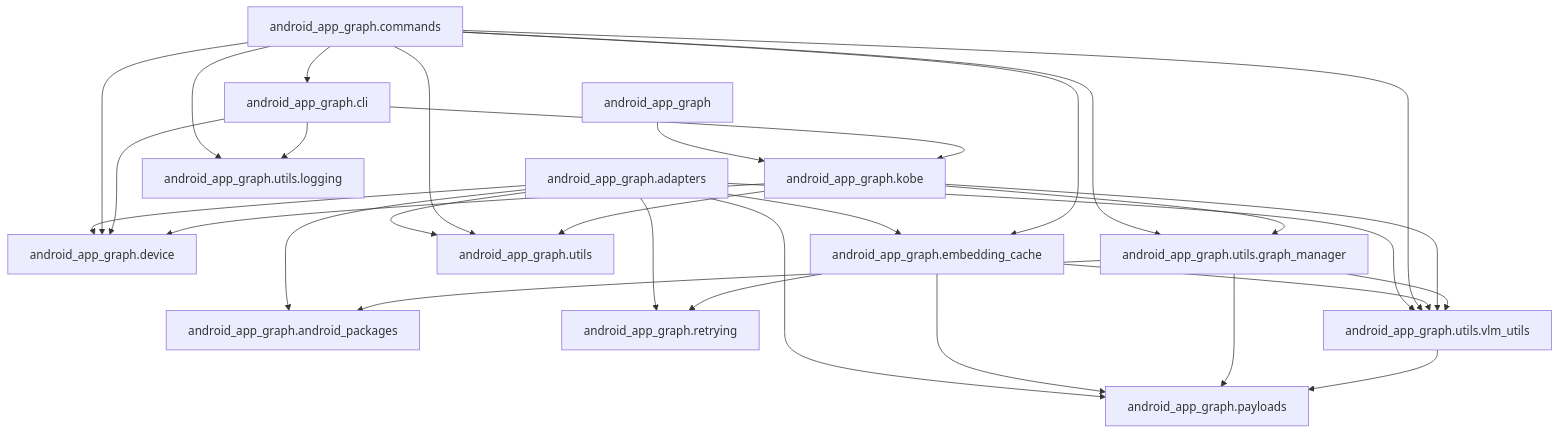
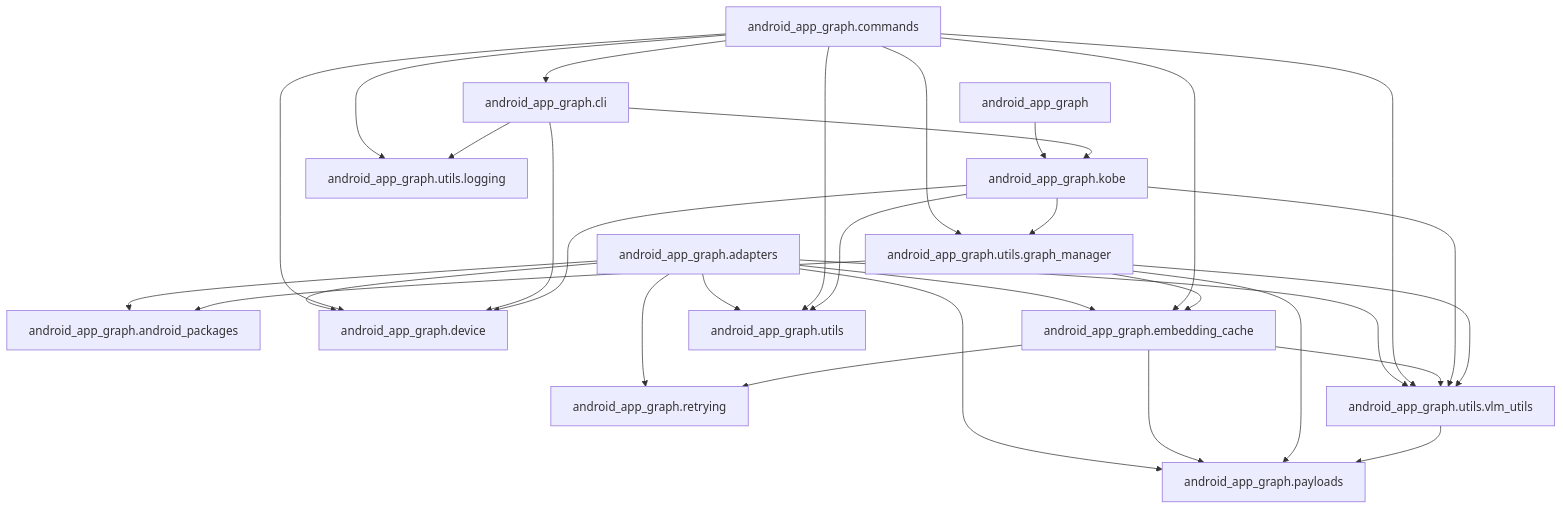
One commit to john-agi/Android-App-Graph changed the diagram in README.md. Above: the diagram before and after it, drawn with Mermaid. The commit also changed 3 other files, not shown here.

First line of the commit message:
fix: load GraphManager screenshots through the shared per-node lookup

````diff
--- a/README.md
+++ b/README.md
@@ -67,32 +67,33 @@
 ```mermaid
 graph TD;
     pkg["android_app_graph"] --> kobe["android_app_graph.kobe"];
     adapters["android_app_graph.adapters"] --> pkgs["android_app_graph.android_packages"];
     adapters --> dev["android_app_graph.device"];
     adapters --> ec["android_app_graph.embedding_cache"];
     adapters --> pay["android_app_graph.payloads"];
     adapters --> retry["android_app_graph.retrying"];
     adapters --> utils["android_app_graph.utils"];
     adapters --> vlm["android_app_graph.utils.vlm_utils"];
     cmd["android_app_graph.commands"] --> cli["android_app_graph.cli"];
     cmd --> dev;
     cmd --> ec;
     cmd --> utils;
     cmd --> gm["android_app_graph.utils.graph_manager"];
     cmd --> logging["android_app_graph.utils.logging"];
     cmd --> vlm;
     cli --> dev;
     cli --> kobe;
     cli --> logging;
     ec --> pay;
     ec --> retry;
     ec --> vlm;
     kobe --> dev;
     kobe --> utils;
     kobe --> gm;
     kobe --> vlm;
     gm --> pkgs;
+    gm --> ec;
     gm --> pay;
     gm --> vlm;
     vlm --> pay;
 ```
````
